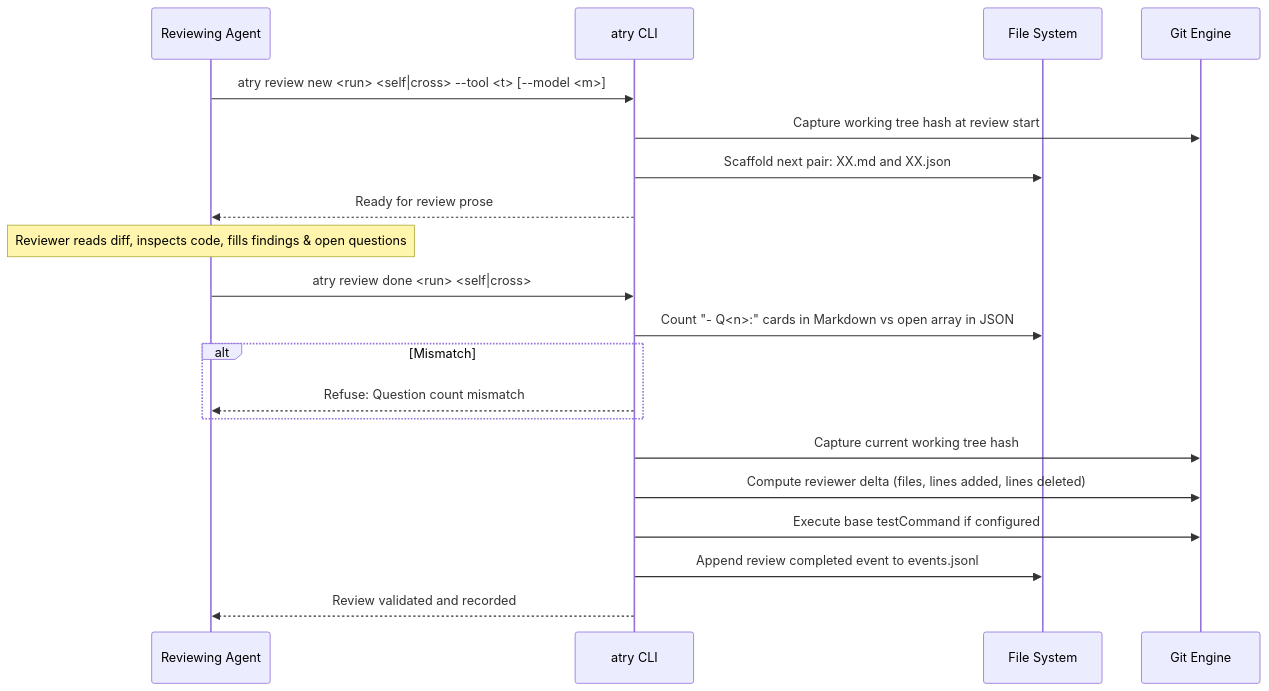
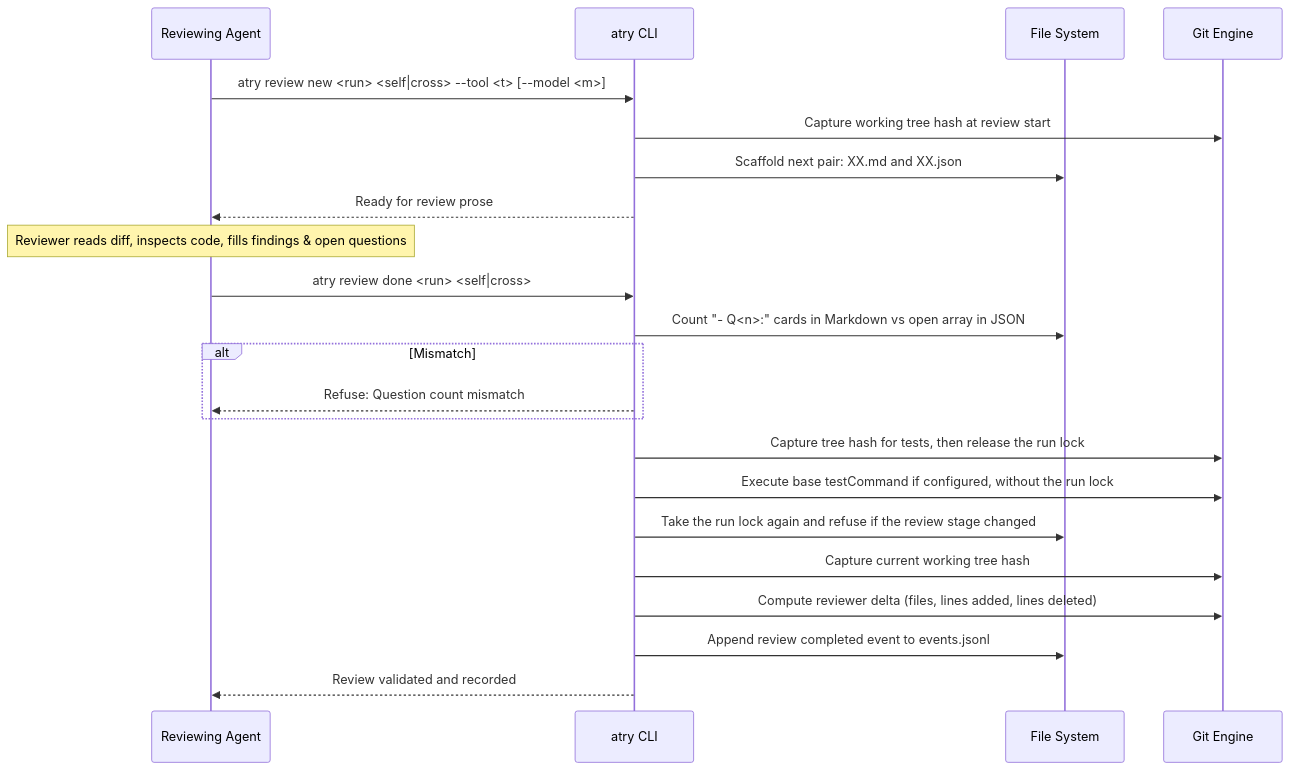
The diagram in specs/50-review-verification/00-review-workflows/review-lifecycle.md (tranthethang/agent-relay), drawn with Mermaid before and after one commit. The commit also changed 5 other files, not shown here.

````diff
--- a/specs/50-review-verification/00-review-workflows/review-lifecycle.md
+++ b/specs/50-review-verification/00-review-workflows/review-lifecycle.md
@@ -13,25 +13,27 @@
 ```mermaid
 sequenceDiagram
     participant Reviewer as Reviewing Agent
     participant CLI as atry CLI
     participant FS as File System
     participant Git as Git Engine
 
     Reviewer->>CLI: atry review new <run> <self|cross> --tool <t> [--model <m>]
     CLI->>Git: Capture working tree hash at review start
     CLI->>FS: Scaffold next pair: XX.md and XX.json
     CLI-->>Reviewer: Ready for review prose
 
     Note over Reviewer: Reviewer reads diff, inspects code, fills findings & open questions
 
     Reviewer->>CLI: atry review done <run> <self|cross>
     CLI->>FS: Count "- Q<n>:" cards in Markdown vs open array in JSON
     alt Mismatch
         CLI-->>Reviewer: Refuse: Question count mismatch
     end
+    CLI->>Git: Capture tree hash for tests, then release the run lock
+    CLI->>Git: Execute base testCommand if configured, without the run lock
+    CLI->>FS: Take the run lock again and refuse if the review stage changed
     CLI->>Git: Capture current working tree hash
     CLI->>Git: Compute reviewer delta (files, lines added, lines deleted)
-    CLI->>Git: Execute base testCommand if configured
     CLI->>FS: Append review completed event to events.jsonl
     CLI-->>Reviewer: Review validated and recorded
 ```
````
